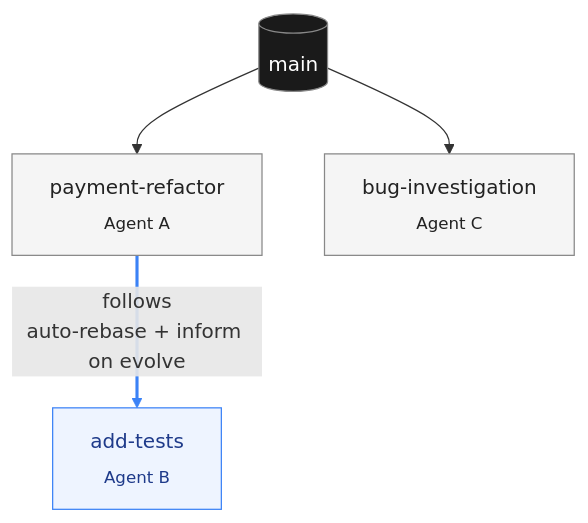
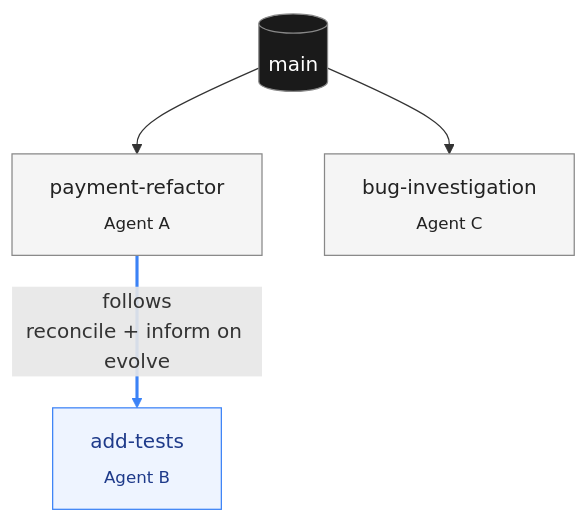
One commit to skeswa/kiki changed the first of 3 diagrams in README.md. Above: the diagram before and after it, drawn with Mermaid. The commit also changed other lines of this file and 25 other files, not shown here.

````diff
--- a/README.md
+++ b/README.md
@@ -26,17 +26,17 @@
 ```mermaid
 graph TD
     main[("main")]:::trunk
 
     A["payment-refactor<br/><sub>Agent A</sub>"]:::thread
     C["bug-investigation<br/><sub>Agent C</sub>"]:::thread
     B["add-tests<br/><sub>Agent B</sub>"]:::affected
 
     main --> A
     main --> C
-    A ==>|"follows<br/>auto-rebase + inform on evolve"| B
+    A ==>|"follows<br/>reconcile + inform on evolve"| B
 
     classDef trunk fill:#1a1a1a,stroke:#888,color:#fff
     classDef thread fill:#f5f5f5,stroke:#888,color:#222
     classDef affected fill:#eef4ff,stroke:#3b82f6,color:#1e3a8a
     linkStyle 2 stroke:#3b82f6,stroke-width:2.5px
 ```
````
